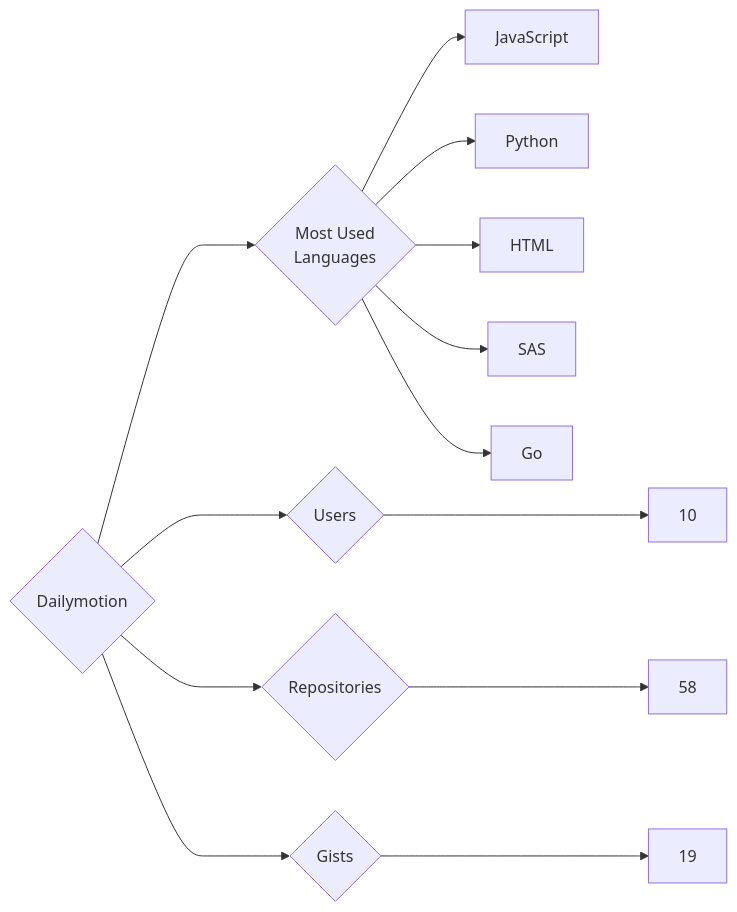
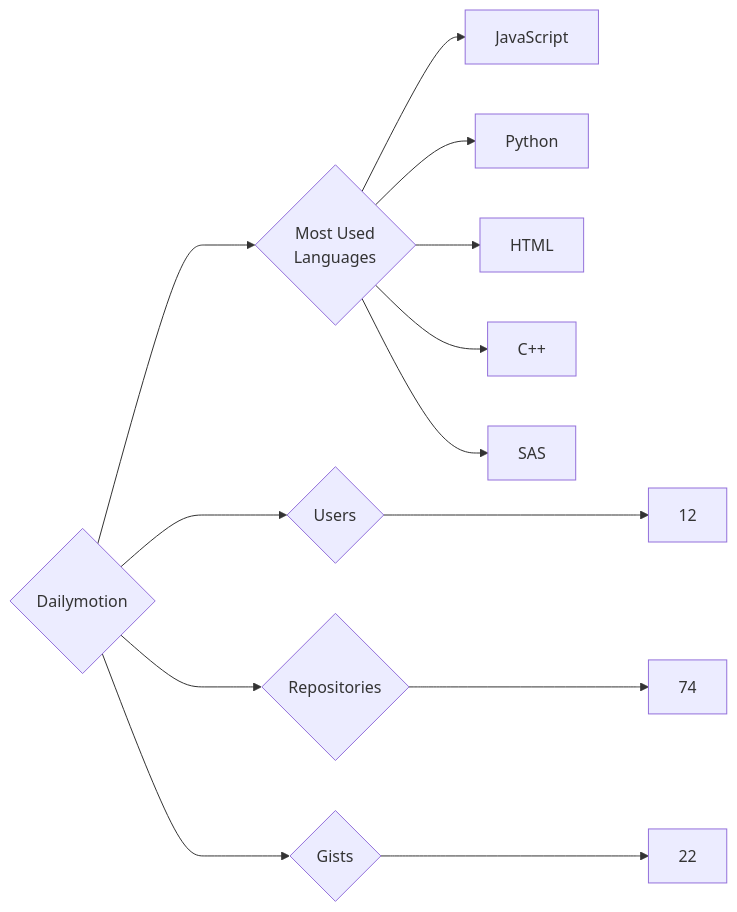
The diagram in targets/Dailymotion/README.md (trickest/insiders), drawn with Mermaid before and after one commit. The commit also changed 1238 other files, not shown here.

````diff
--- a/targets/Dailymotion/README.md
+++ b/targets/Dailymotion/README.md
@@ -3,13 +3,13 @@
 ```mermaid
 graph LR
 COMPANY_NAME{Dailymotion}
-COMPANY_NAME ---> U{Users} ---> UN[10]
-COMPANY_NAME ---> R{Repositories} ---> RN[58]
-COMPANY_NAME ---> G{Gists} ---> GN[19]
+COMPANY_NAME ---> U{Users} ---> UN[12]
+COMPANY_NAME ---> R{Repositories} ---> RN[74]
+COMPANY_NAME ---> G{Gists} ---> GN[22]
 COMPANY_NAME ---> ML{Most Used<br>Languages}
 ML --> JavaScript[JavaScript]
 ML --> Python[Python]
 ML --> HTML[HTML]
+ML --> C++[C++]
 ML --> SAS[SAS]
-ML --> Go[Go]
 ```
````
